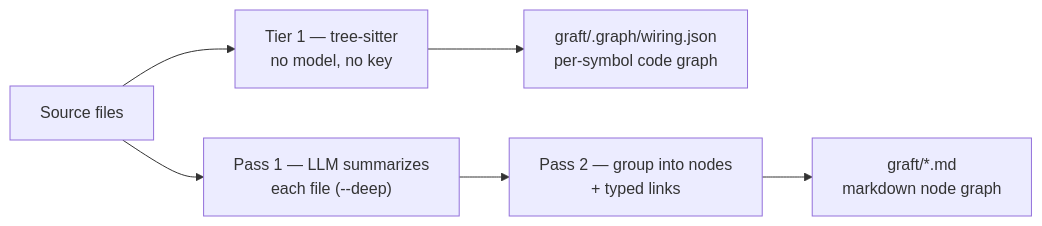
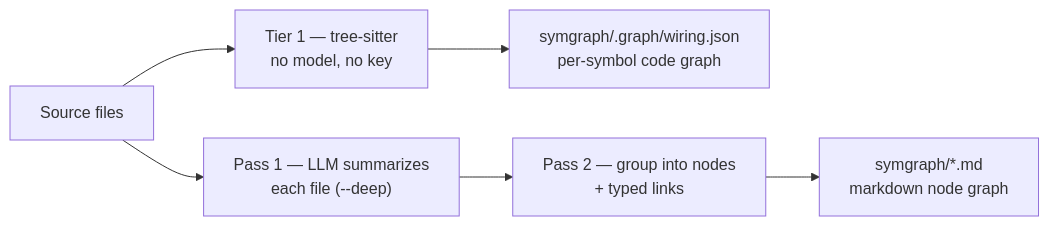
The diagram in README.md (edrethardo/symgraph), drawn with Mermaid before and after one commit. The commit also changed other lines of this file and 4 other files, not shown here.

````diff
--- a/README.md
+++ b/README.md
@@ -181,8 +180,8 @@
 ```mermaid
 flowchart LR
     S[Source files] --> T["Tier 1 — tree-sitter<br/>no model, no key"]
     S --> P1["Pass 1 — LLM summarizes<br/>each file (--deep)"]
-    T --> W["graft/.graph/wiring.json<br/>per-symbol code graph"]
+    T --> W["symgraph/.graph/wiring.json<br/>per-symbol code graph"]
     P1 --> P2["Pass 2 — group into nodes<br/>+ typed links"]
-    P2 --> N["graft/*.md<br/>markdown node graph"]
+    P2 --> N["symgraph/*.md<br/>markdown node graph"]
 ```
````
